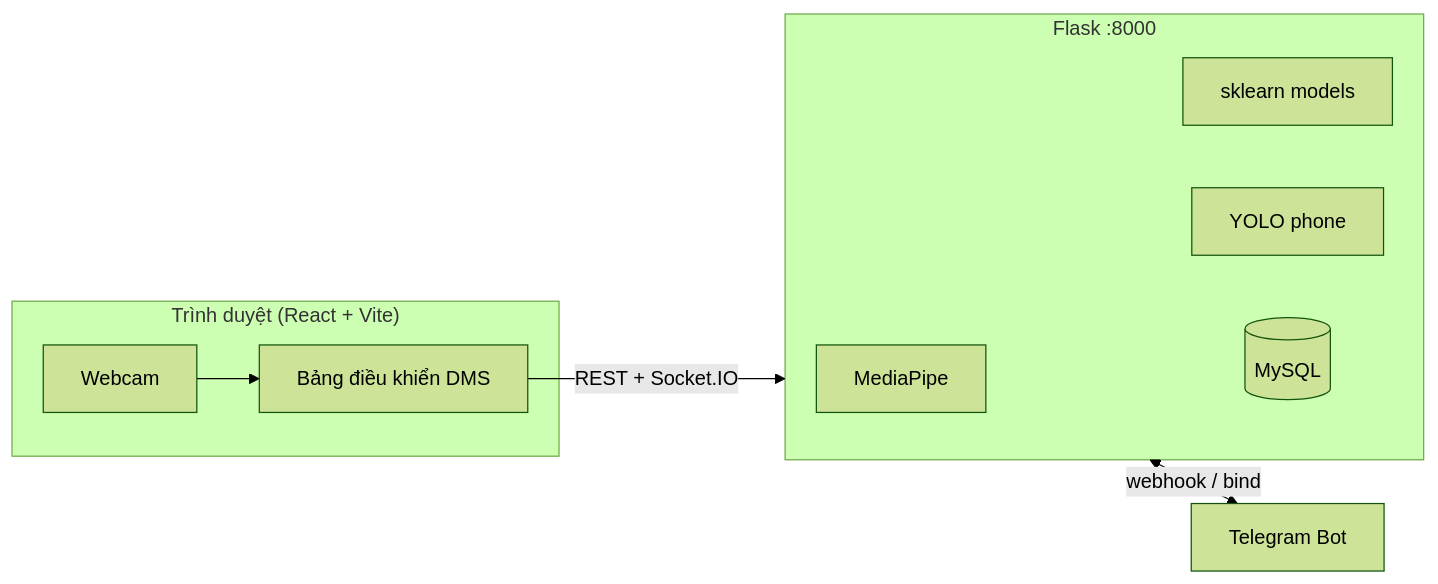
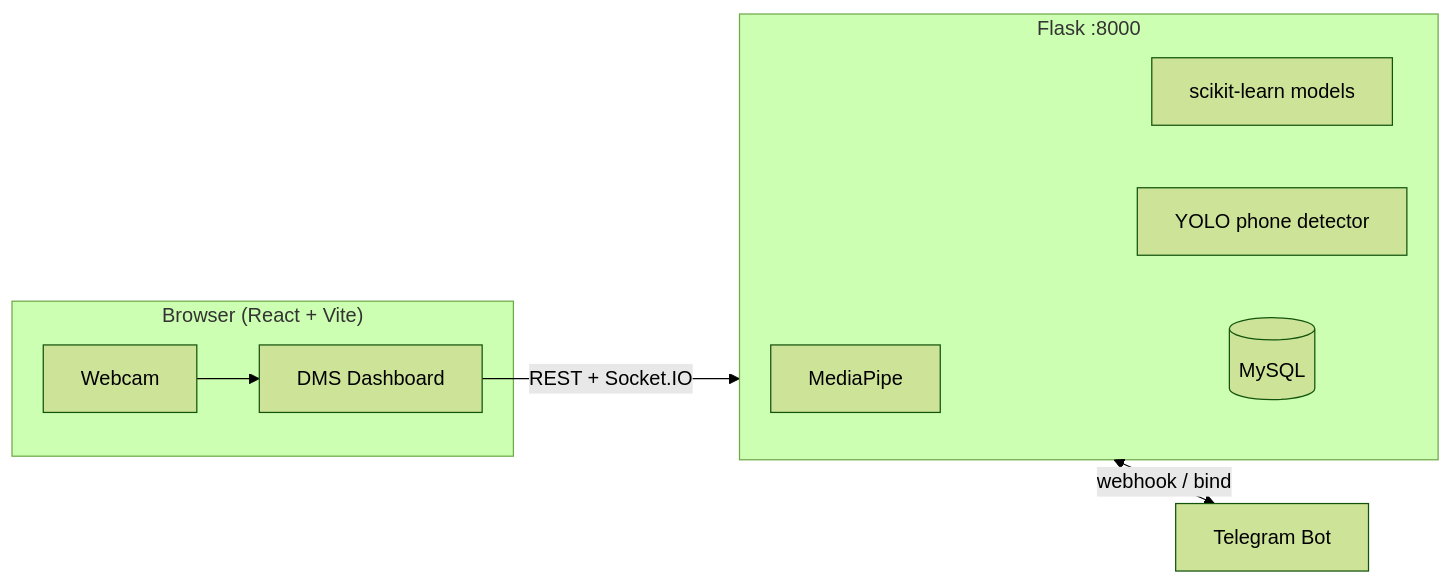
The first of 8 diagrams in README.md (CrissNguyenKhanh/AI-DRIVER-MONITORING-SYSTEM-DMS), drawn with Mermaid (forest theme) before and after one commit. The commit also changed other lines of this file, not shown here.

First line of the commit message:
docs(readme): rewrite DMS documentation fully in English

````diff
--- a/README.md
+++ b/README.md
@@ -50,18 +50,19 @@
 ```mermaid
 flowchart LR
-  subgraph Client["Trình duyệt (React + Vite)"]
+  subgraph Client["Browser (React + Vite)"]
     W[Webcam]
-    UI[Bảng điều khiển DMS]
+    UI[DMS Dashboard]
   end
   subgraph API["Flask :8000"]
     MP[MediaPipe]
-    SK[sklearn models]
-    YO[YOLO phone]
+    SK[scikit-learn models]
+    YO[YOLO phone detector]
     DB[(MySQL)]
   end
   TG[Telegram Bot]
+
   W --> UI
   UI -->|REST + Socket.IO| API
   API --> DB
   API <-->|webhook / bind| TG
 ```
````
